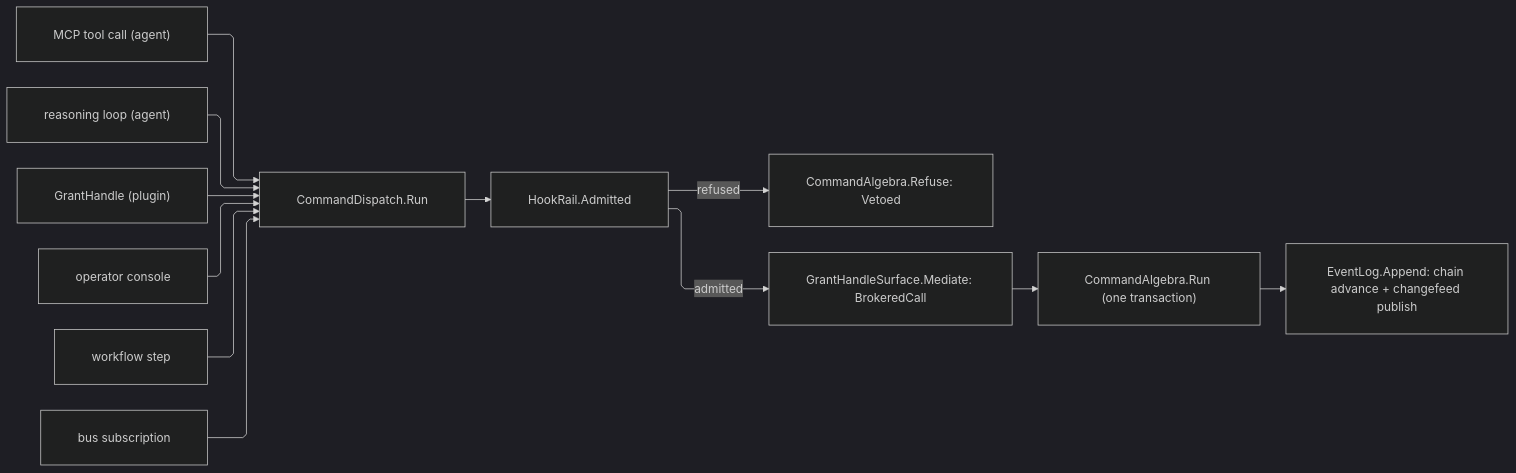
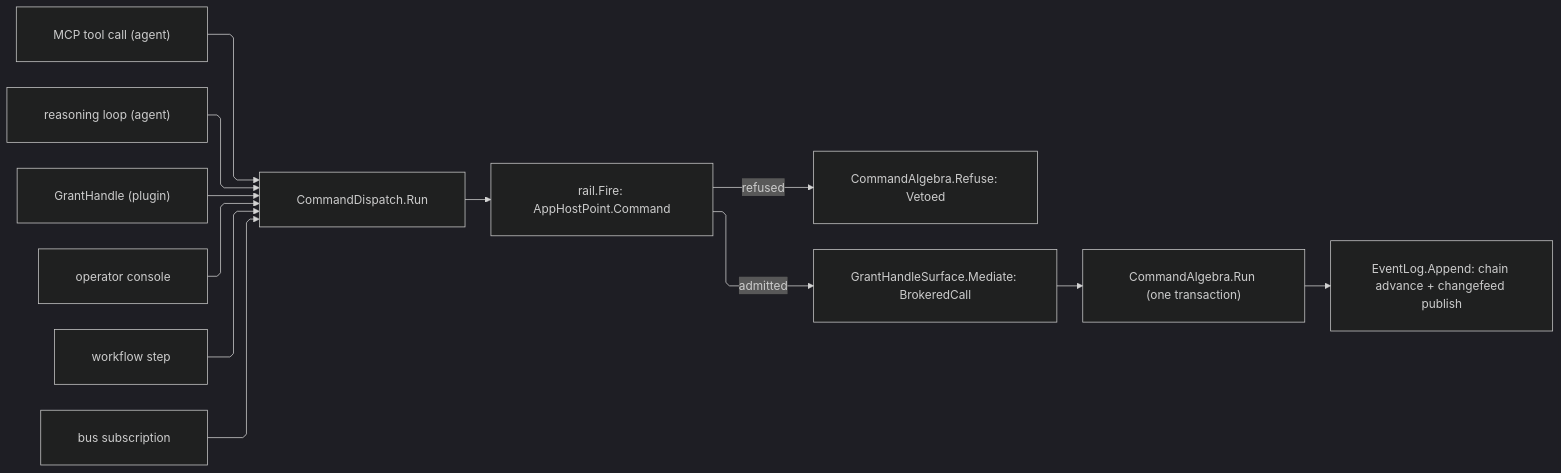
Before and after one commit to bsamiee/Rasm: the diagram in libs/csharp/Rasm.AppHost/.planning/Agent/runtime.md, drawn with Mermaid (dark theme). The commit also changed other lines of this file and 818 other files, not shown here.

````diff
--- a/libs/csharp/Rasm.AppHost/.planning/Agent/runtime.md
+++ b/libs/csharp/Rasm.AppHost/.planning/Agent/runtime.md
@@ -102,23 +109,23 @@
 ```mermaid
 ---
 config:
   layout: elk
   flowchart:
     curve: linear
     padding: 25
 ---
 flowchart LR
     accTitle: One command-dispatch front door, one veto, one chain
     accDescr: Every caller invokes CommandDispatch.Run; the hook rail vetoes or transforms the intent, the mediation records the caller modality, the command algebra owns the transaction, and a committed receipt chains into the one event log while publishing through the changefeed port.
     Mcp["MCP tool call (agent)"] --> Run
     Loop["reasoning loop (agent)"] --> Run
     Plugin["GrantHandle (plugin)"] --> Run
     Operator["operator console"] --> Run
     Step["workflow step"] --> Run
     Sub["bus subscription"] --> Run
-    Run["CommandDispatch.Run"] --> Veto["HookRail.Admitted"]
+    Run["CommandDispatch.Run"] --> Veto["rail.Fire: AppHostPoint.Command"]
     Veto -->|refused| Refuse["CommandAlgebra.Refuse: Vetoed"]
     Veto -->|admitted| Mediate["GrantHandleSurface.Mediate: BrokeredCall"]
     Mediate --> Algebra["CommandAlgebra.Run (one transaction)"]
     Algebra --> Chain["EventLog.Append: chain advance + changefeed publish"]
 ```
````
